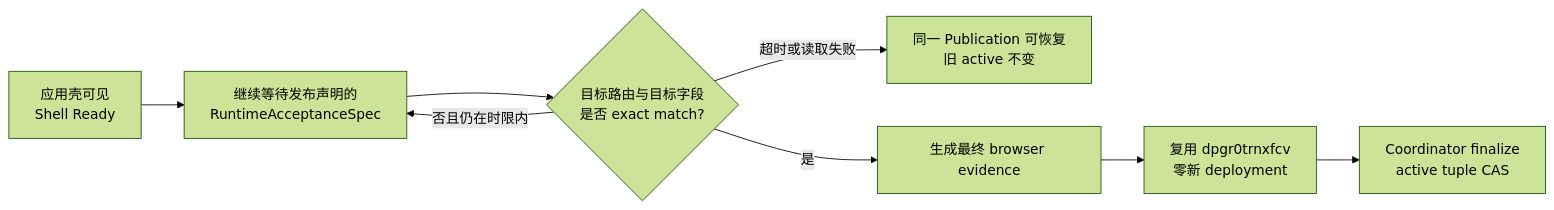
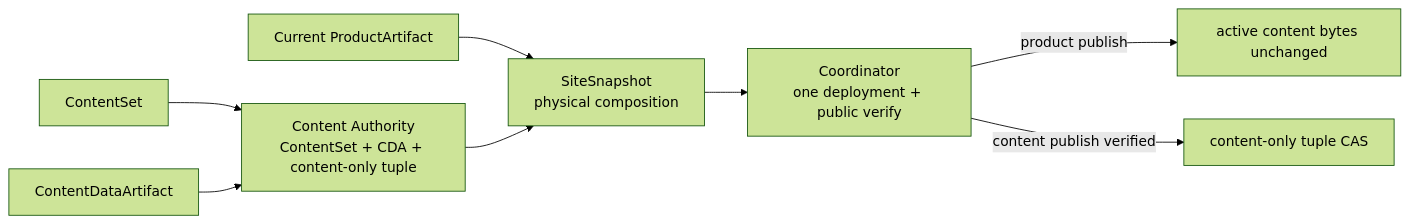
The diagram in docs/iterations/current.md (xingbuild/xingbuild), drawn with Mermaid (forest theme) before and after one commit. The commit also changed other lines of this file and 34 other files, not shown here.

````diff
--- a/docs/iterations/current.md
+++ b/docs/iterations/current.md
@@ -34,10 +27,10 @@
 ```mermaid
 flowchart LR
-    A["应用壳可见\nShell Ready"] --> B["继续等待发布声明的\nRuntimeAcceptanceSpec"]
-    B --> C{"目标路由与目标字段\n是否 exact match?"}
-    C -->|否且仍在时限内| B
-    C -->|超时或读取失败| D["同一 Publication 可恢复\n旧 active 不变"]
-    C -->|是| E["生成最终 browser evidence"]
-    E --> F["复用 dpgr0trnxfcv\n零新 deployment"]
-    F --> G["Coordinator finalize\nactive tuple CAS"]
+    CS["ContentSet"] --> CA["Content Authority\nContentSet + CDA + content-only tuple"]
+    CDA["ContentDataArtifact"] --> CA
+    PA["Current ProductArtifact"] --> SS["SiteSnapshot\nphysical composition"]
+    CA --> SS
+    SS --> CO["Coordinator\none deployment + public verify"]
+    CO -->|"product publish"| KEEP["active content bytes unchanged"]
+    CO -->|"content publish verified"| CAS["content-only tuple CAS"]
 ```
````
